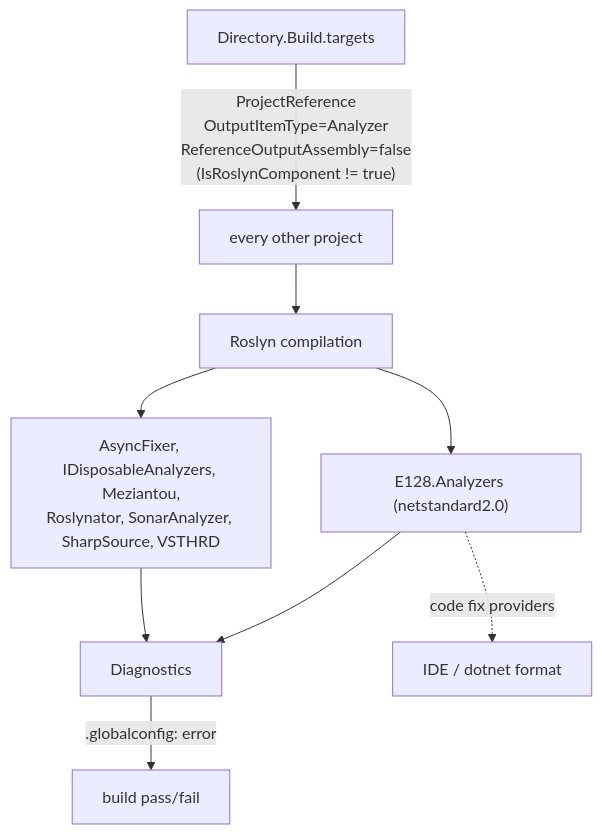
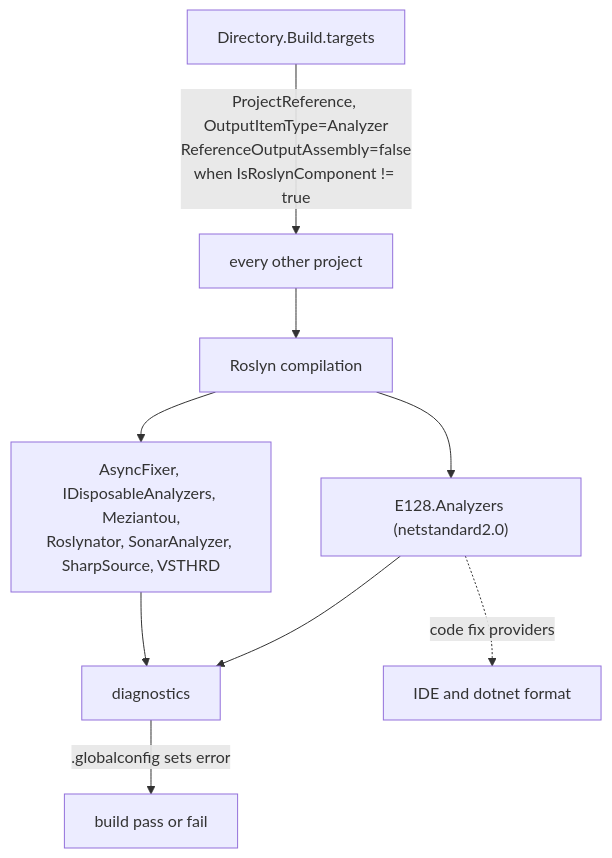
One commit to e128/dotnet-reference changed the diagram in docs/architecture/integration-patterns.md. Above: the diagram before and after it, drawn with Mermaid. The commit also changed other lines of this file and 20 other files, not shown here.

````diff
--- a/docs/architecture/integration-patterns.md
+++ b/docs/architecture/integration-patterns.md
@@ -11,11 +11,11 @@
 ```mermaid
 graph TB
-  targets["Directory.Build.targets"] -->|"ProjectReference<br/>OutputItemType=Analyzer<br/>ReferenceOutputAssembly=false<br/>(IsRoslynComponent != true)"| projs["every other project"]
+  targets["Directory.Build.targets"] -->|"ProjectReference, OutputItemType=Analyzer<br/>ReferenceOutputAssembly=false<br/>when IsRoslynComponent != true"| projs["every other project"]
   projs --> roslyn["Roslyn compilation"]
   roslyn --> e128["E128.Analyzers (netstandard2.0)"]
   roslyn --> third["AsyncFixer, IDisposableAnalyzers, Meziantou,<br/>Roslynator, SonarAnalyzer, SharpSource, VSTHRD"]
-  e128 --> diags["Diagnostics"]
+  e128 --> diags["diagnostics"]
   third --> diags
-  diags -->|".globalconfig: error"| build["build pass/fail"]
-  e128 -. "code fix providers" .-> ide["IDE / dotnet format"]
+  diags -->|".globalconfig sets error"| build["build pass or fail"]
+  e128 -. "code fix providers" .-> ide["IDE and dotnet format"]
 ```
````
